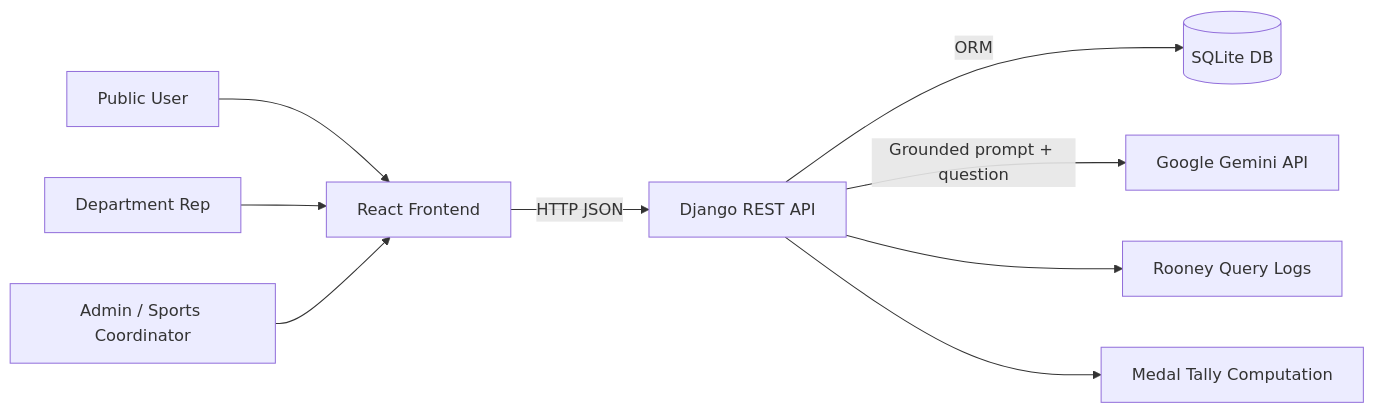
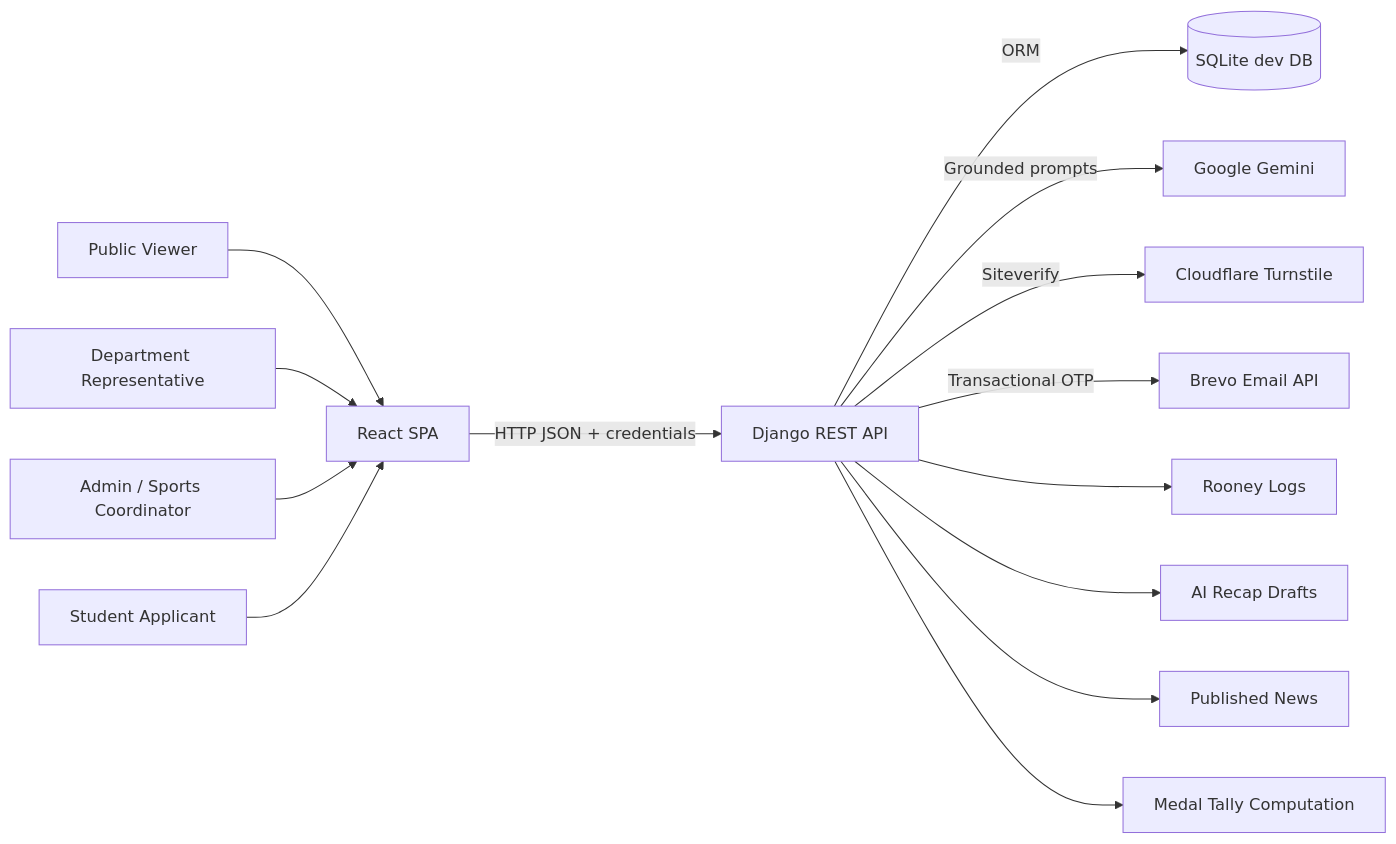
One commit to avocadoise/EnvergaArena changed the diagram in architecture/README.md. Above: the diagram before and after it, drawn with Mermaid. The commit also changed other lines of this file, not shown here.

Commit message:
feat: update architecture documentation for accuracy and detail enhancement

````diff
--- a/architecture/README.md
+++ b/architecture/README.md
@@ -30,13 +32,18 @@
 ```mermaid
 flowchart LR
-    A[Public User] --> B[React Frontend]
-    C[Department Rep] --> B
+    A[Public Viewer] --> B[React SPA]
+    C[Department Representative] --> B
     D[Admin / Sports Coordinator] --> B
+    E[Student Applicant] --> B
 
-    B -->|HTTP JSON| E[Django REST API]
-    E -->|ORM| F[(SQLite DB)]
-    E -->|Grounded prompt + question| G[Google Gemini API]
+    B -->|HTTP JSON + credentials| F[Django REST API]
+    F -->|ORM| G[(SQLite dev DB)]
+    F -->|Grounded prompts| H[Google Gemini]
+    F -->|Siteverify| I[Cloudflare Turnstile]
+    F -->|Transactional OTP| J[Brevo Email API]
 
-    E --> H[Rooney Query Logs]
-    E --> I[Medal Tally Computation]
+    F --> K[Rooney Logs]
+    F --> L[AI Recap Drafts]
+    F --> M[Published News]
+    F --> N[Medal Tally Computation]
 ```
````
